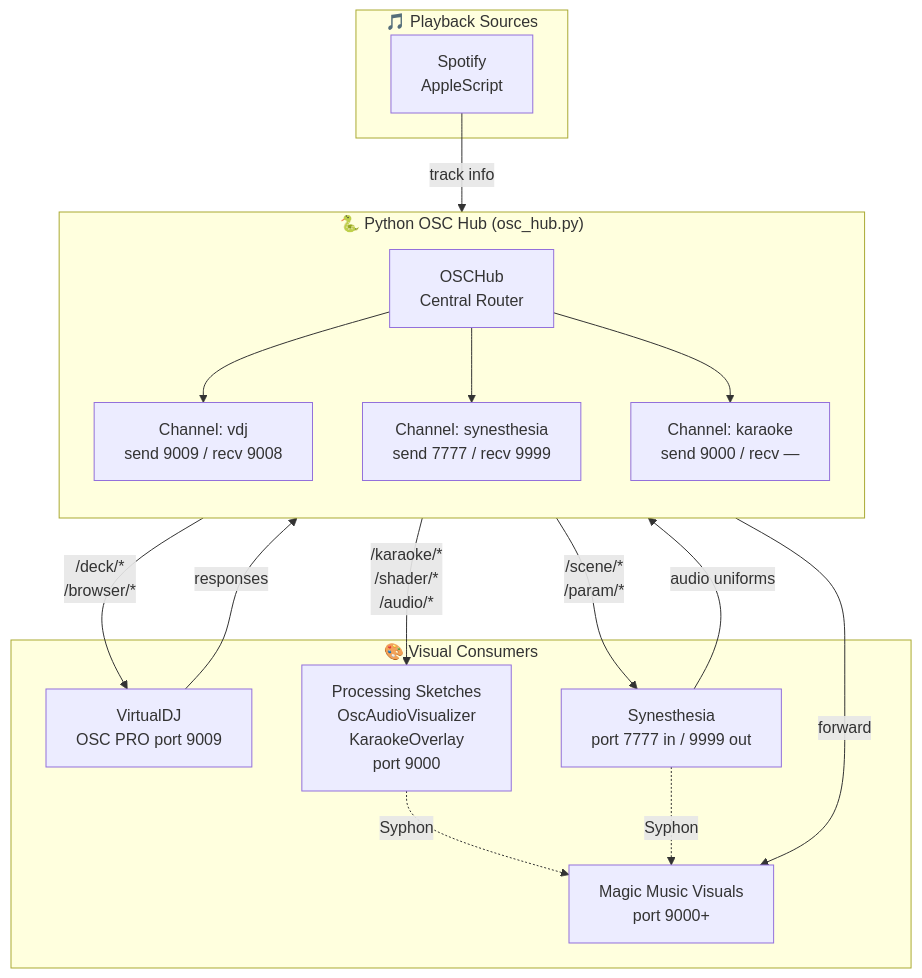
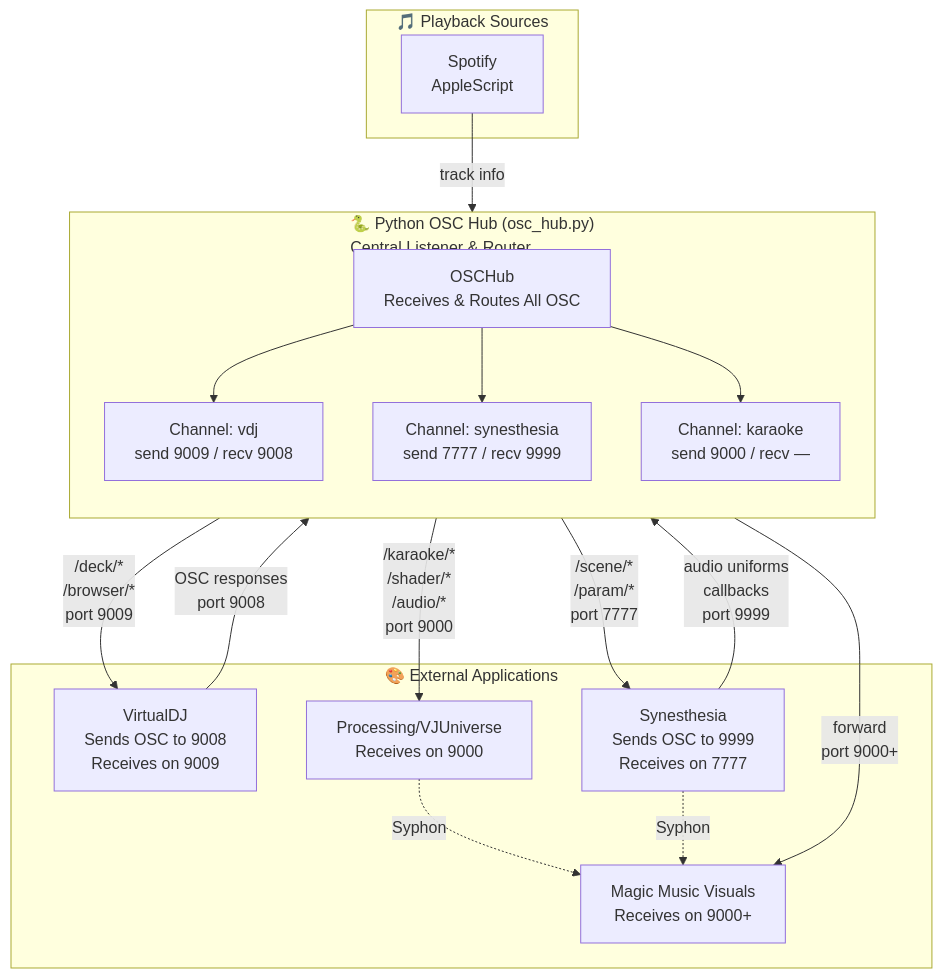
Before and after one commit to abossard/synesthesia-visuals: the first of 3 diagrams in OSC.md, drawn with Mermaid. The commit also changed other lines of this file and 2 other files, not shown here.

Commit message:
Step 01: Update OSC docs to reflect centralized hub architecture

````diff
--- a/OSC.md
+++ b/OSC.md
@@ -13,39 +13,41 @@
 ```mermaid
 flowchart TB
     subgraph Sources["🎵 Playback Sources"]
         SPOT[Spotify<br/>AppleScript]
     end
     
-    subgraph PyHub["🐍 Python OSC Hub (osc_hub.py)"]
+    subgraph PyHub["🐍 Python OSC Hub (osc_hub.py)<br/>Central Listener & Router"]
         direction TB
-        HUB_CORE[OSCHub<br/>Central Router]
+        HUB_CORE[OSCHub<br/>Receives & Routes All OSC]
         CH_VDJ[Channel: vdj<br/>send 9009 / recv 9008]
         CH_SYN[Channel: synesthesia<br/>send 7777 / recv 9999]
         CH_KAR[Channel: karaoke<br/>send 9000 / recv —]
         HUB_CORE --> CH_VDJ
         HUB_CORE --> CH_SYN
         HUB_CORE --> CH_KAR
     end
     
-    subgraph Consumers["🎨 Visual Consumers"]
-        VDJ_APP[VirtualDJ<br/>OSC PRO port 9009]
-        PROC[Processing Sketches<br/>OscAudioVisualizer<br/>KaraokeOverlay<br/>port 9000]
-        SYN[Synesthesia<br/>port 7777 in / 9999 out]
-        MMV[Magic Music Visuals<br/>port 9000+]
+    subgraph External["🎨 External Applications"]
+        VDJ_APP[VirtualDJ<br/>Sends OSC to 9008<br/>Receives on 9009]
+        PROC[Processing/VJUniverse<br/>Receives on 9000]
+        SYN[Synesthesia<br/>Sends OSC to 9999<br/>Receives on 7777]
+        MMV[Magic Music Visuals<br/>Receives on 9000+]
     end
     
     %% Source connections
     SPOT -->|track info| HUB_CORE
     
-    %% Hub to consumers
-    CH_VDJ -->|/deck/*<br/>/browser/*| VDJ_APP
-    VDJ_APP -->|responses| CH_VDJ
-    CH_KAR -->|/karaoke/*<br/>/shader/*<br/>/audio/*| PROC
-    CH_KAR -->|forward| MMV
-    CH_SYN -->|/scene/*<br/>/param/*| SYN
-    SYN -->|audio uniforms| CH_SYN
+    %% External apps SEND to Hub (Hub listens)
+    VDJ_APP -->|OSC responses<br/>port 9008| CH_VDJ
+    SYN -->|audio uniforms<br/>callbacks<br/>port 9999| CH_SYN
+    
+    %% Hub SENDS to External apps
+    CH_VDJ -->|/deck/*<br/>/browser/*<br/>port 9009| VDJ_APP
+    CH_SYN -->|/scene/*<br/>/param/*<br/>port 7777| SYN
+    CH_KAR -->|/karaoke/*<br/>/shader/*<br/>/audio/*<br/>port 9000| PROC
+    CH_KAR -->|forward<br/>port 9000+| MMV
     
     %% Syphon video (not OSC but completes picture)
     PROC -.->|Syphon| MMV
     SYN -.->|Syphon| MMV
 ```
````
